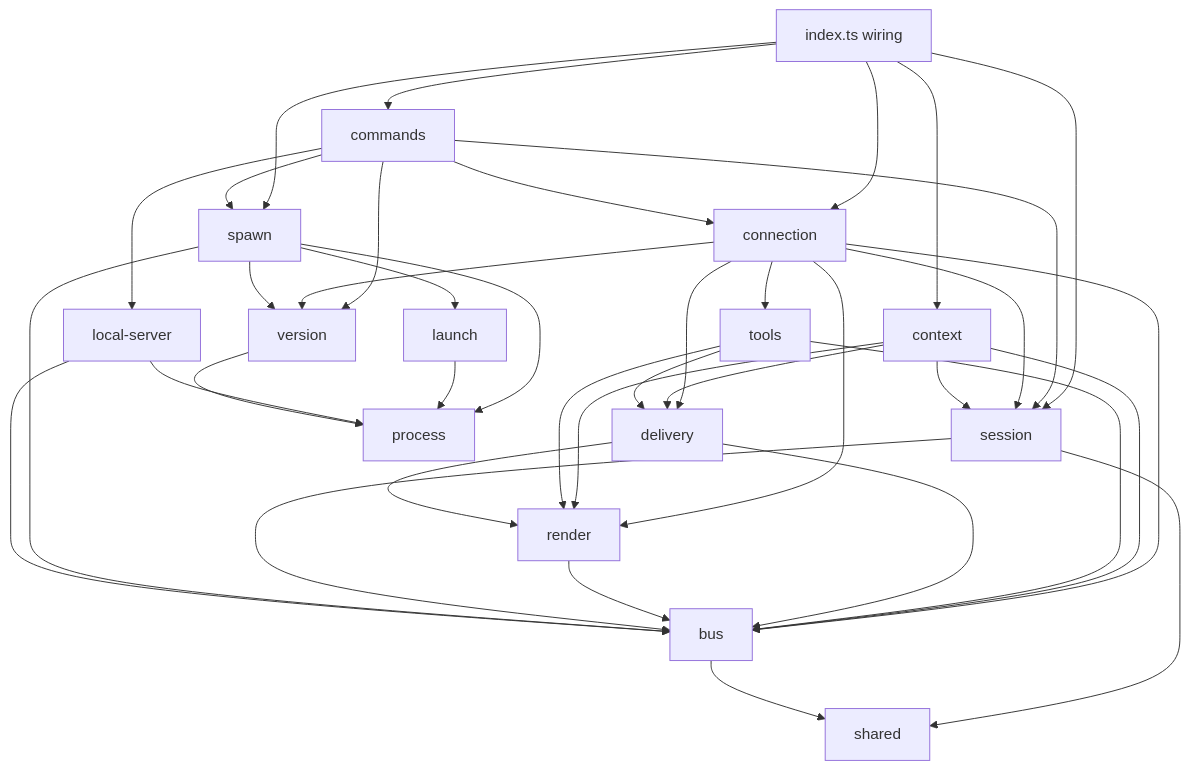
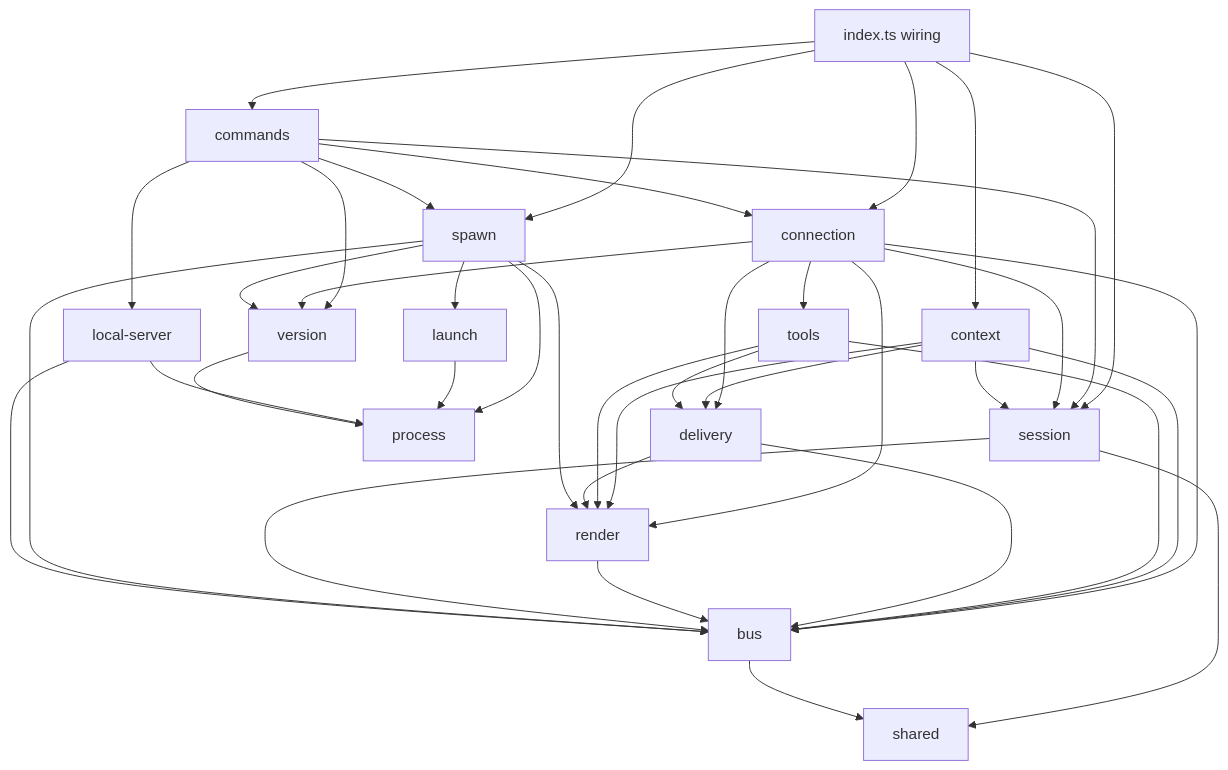
One commit to till-muellers/agent-message-bus changed the first of 2 diagrams in docs/design/arch/client.md. Above: the diagram before and after it, drawn with Mermaid. The commit also changed other lines of this file and 17 other files, not shown here.

````diff
--- a/docs/design/arch/client.md
+++ b/docs/design/arch/client.md
@@ -114,40 +114,41 @@
 ```mermaid
 flowchart TD
   index[index.ts wiring] --> session
   index --> commands
   index --> spawn
   index --> connection
   index --> context
   commands --> session
   commands --> connection
   commands --> localserver[local-server]
   commands --> spawn
   commands --> version
   connection --> session
   connection --> tools
   connection --> delivery
   connection --> version
   connection --> bus
   connection --> render
   context --> delivery
   context --> render
   context --> bus
   context --> session
   tools --> delivery
   tools --> render
   tools --> bus
   delivery --> render
   delivery --> bus
   render --> bus
   session --> bus
   session --> shared
   spawn --> launch
   spawn --> version
   spawn --> bus
   spawn --> process
+  spawn --> render
   launch --> process
   localserver --> process
   localserver --> bus
   version --> process
   bus --> shared
 ```
````
